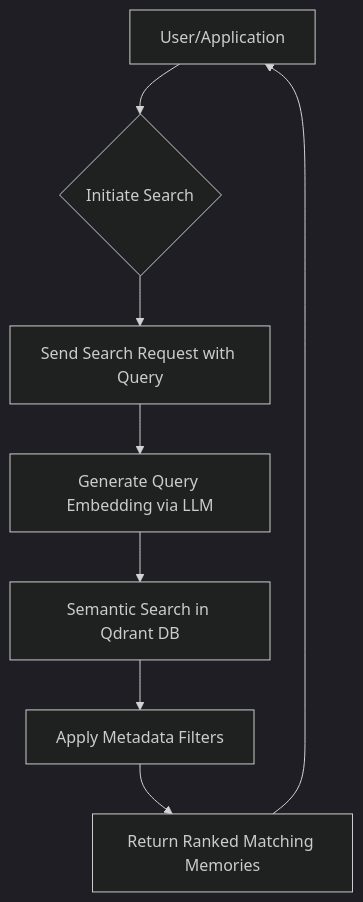
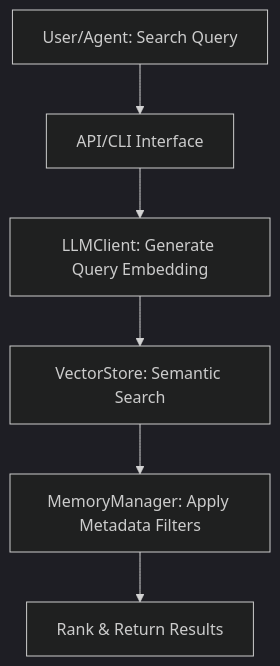
Before and after one commit to sopaco/cortex-mem: the fifth of 8 diagrams in litho.docs/2.Architecture.md, drawn with Mermaid (dark theme). The commit also changed other lines of this file and 11 other files, not shown here.

````diff
--- a/litho.docs/2.Architecture.md
+++ b/litho.docs/2.Architecture.md
@@ -381,10 +309,8 @@
 ```mermaid
 graph TD
-    A[User/Application] --> B{Initiate Search}
-    B --> C[Send Search Request with Query]
-    C --> D[Generate Query Embedding via LLM]
-    D --> E[Semantic Search in Qdrant DB]
-    E --> F[Apply Metadata Filters]
-    F --> G[Return Ranked Matching Memories]
-    G --> A
+    A[User/Agent: Search Query] --> B[API/CLI Interface]
+    B --> C[LLMClient: Generate Query Embedding]
+    C --> D[VectorStore: Semantic Search]
+    D --> E[MemoryManager: Apply Metadata Filters]
+    E --> F[Rank & Return Results]
 ```
````
